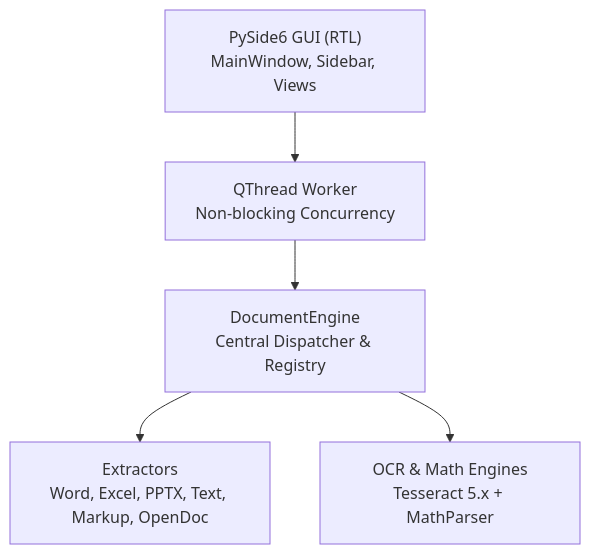
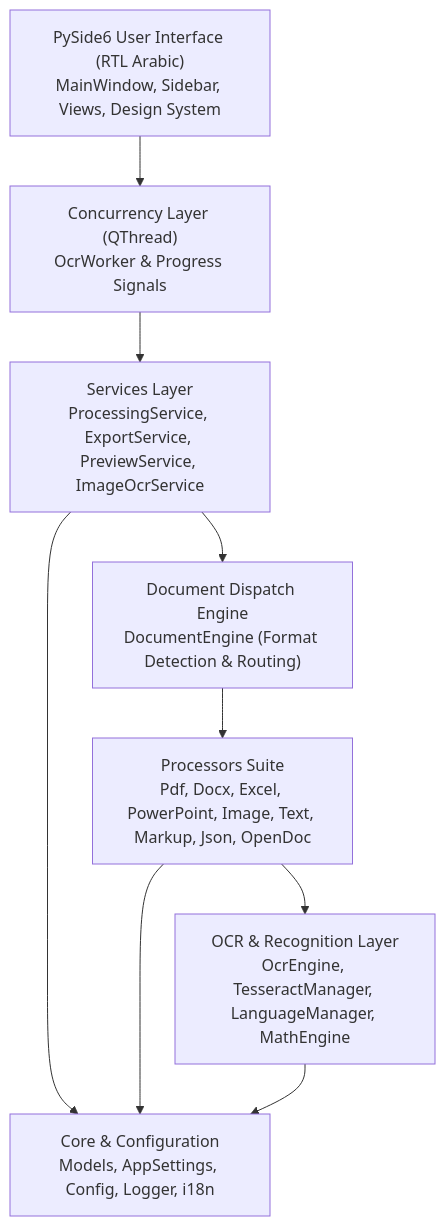
The diagram in README.md (IbrahimSalha25/NASS), drawn with Mermaid before and after one commit. The commit also changed other lines of this file and 1 other file, not shown here.

````diff
--- a/README.md
+++ b/README.md
@@ -122,13 +89,19 @@
 ```mermaid
 graph TD
-    UI["PySide6 GUI (RTL)<br/>MainWindow, Sidebar, Views"]
-    Worker["QThread Worker<br/>Non-blocking Concurrency"]
-    Engine["DocumentEngine<br/>Central Dispatcher & Registry"]
-    Extractors["Extractors<br/>Word, Excel, PPTX, Text, Markup, OpenDoc"]
-    OCR["OCR & Math Engines<br/>Tesseract 5.x + MathParser"]
+    UI["PySide6 User Interface (RTL Arabic)<br/>MainWindow, Sidebar, Views, Design System"]
+    Worker["Concurrency Layer (QThread)<br/>OcrWorker & Progress Signals"]
+    Services["Services Layer<br/>ProcessingService, ExportService, PreviewService, ImageOcrService"]
+    DocEngine["Document Dispatch Engine<br/>DocumentEngine (Format Detection & Routing)"]
+    Processors["Processors Suite<br/>Pdf, Docx, Excel, PowerPoint, Image, Text, Markup, Json, OpenDoc"]
+    Ocr["OCR & Recognition Layer<br/>OcrEngine, TesseractManager, LanguageManager, MathEngine"]
+    Core["Core & Configuration<br/>Models, AppSettings, Config, Logger, i18n"]
 
     UI --> Worker
-    Worker --> Engine
-    Engine --> Extractors
-    Engine --> OCR
+    Worker --> Services
+    Services --> DocEngine
+    DocEngine --> Processors
+    Processors --> Ocr
+    Services --> Core
+    Processors --> Core
+    Ocr --> Core
 ```
````
